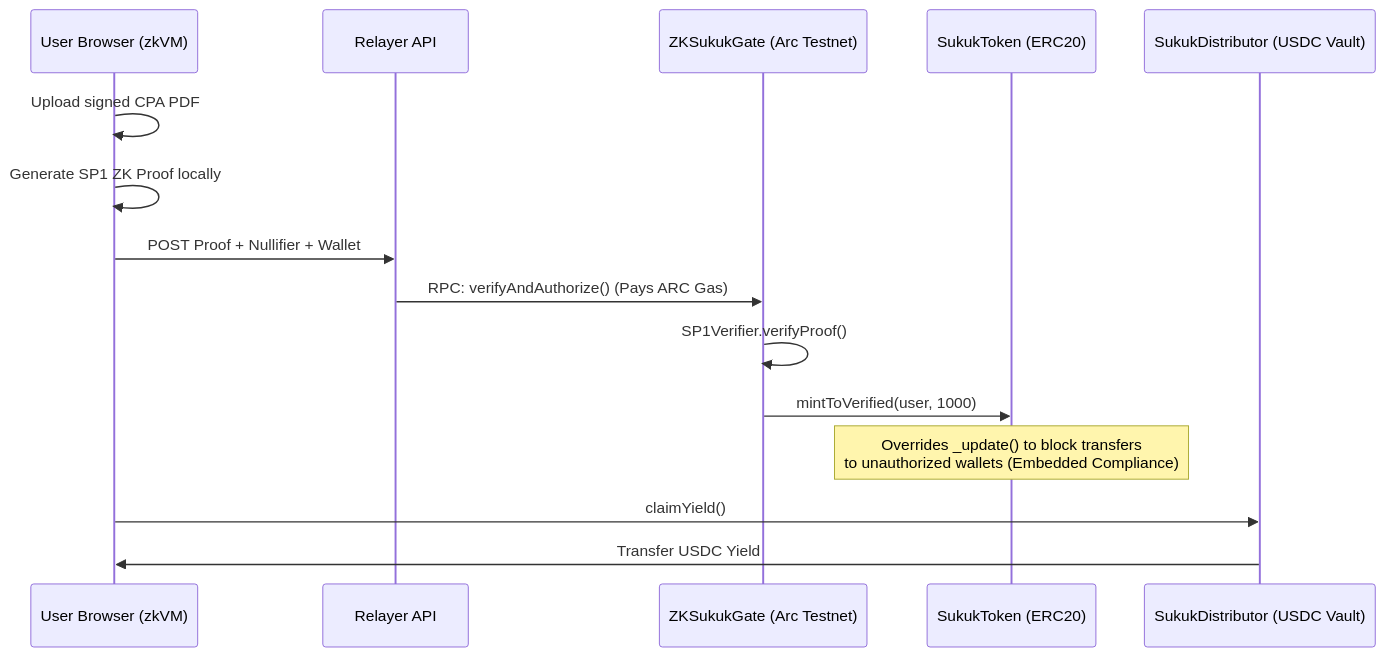
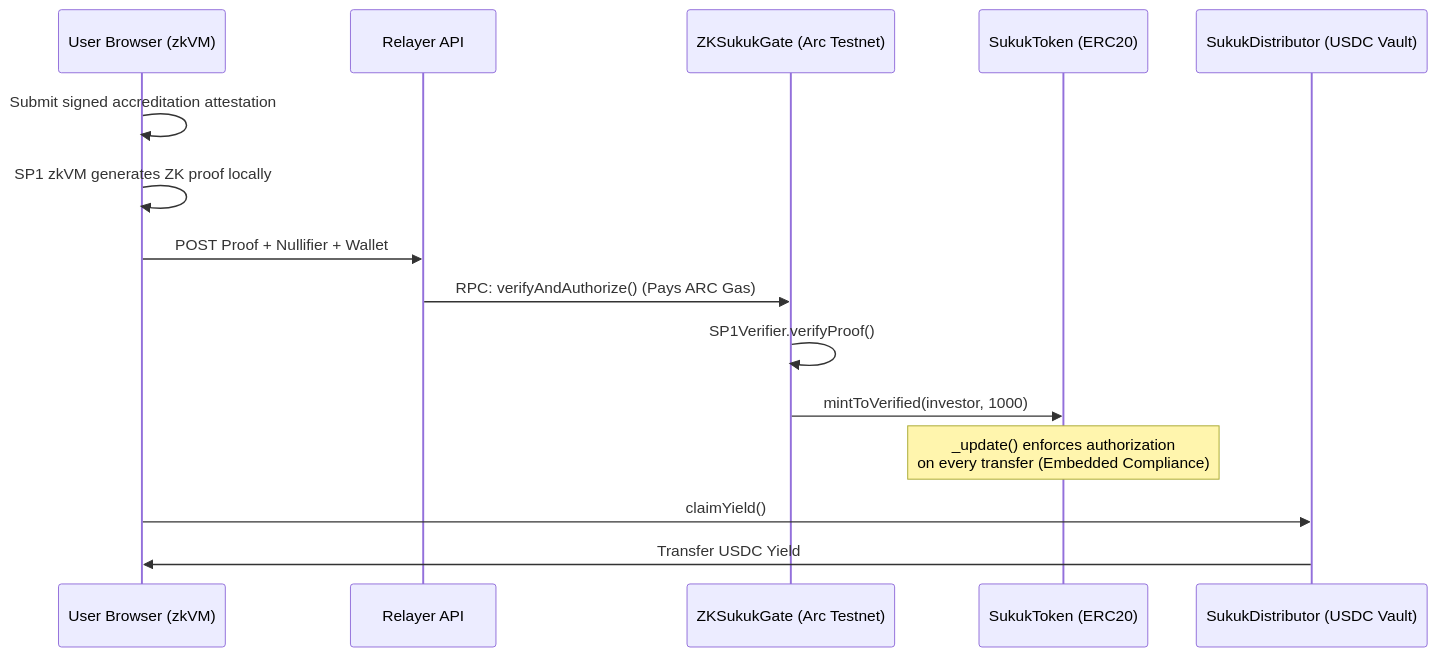
Before and after one commit to Olalolo22/Mizan: the diagram in README.md, drawn with Mermaid. The commit also changed other lines of this file, not shown here.

````diff
--- a/README.md
+++ b/README.md
@@ -26,18 +62,18 @@
 ```mermaid
 sequenceDiagram
     participant U as User Browser (zkVM)
     participant R as Relayer API
     participant G as ZKSukukGate (Arc Testnet)
     participant T as SukukToken (ERC20)
     participant Y as SukukDistributor (USDC Vault)
-    
-    U->>U: Upload signed CPA PDF
-    U->>U: Generate SP1 ZK Proof locally
+
+    U->>U: Submit signed accreditation attestation
+    U->>U: SP1 zkVM generates ZK proof locally
     U->>R: POST Proof + Nullifier + Wallet
     R->>G: RPC: verifyAndAuthorize() (Pays ARC Gas)
     G->>G: SP1Verifier.verifyProof()
-    G->>T: mintToVerified(user, 1000)
-    Note over T: Overrides _update() to block transfers<br/>to unauthorized wallets (Embedded Compliance)
+    G->>T: mintToVerified(investor, 1000)
+    Note over T: _update() enforces authorization<br/>on every transfer (Embedded Compliance)
     U->>Y: claimYield()
     Y->>U: Transfer USDC Yield
 ```
````
